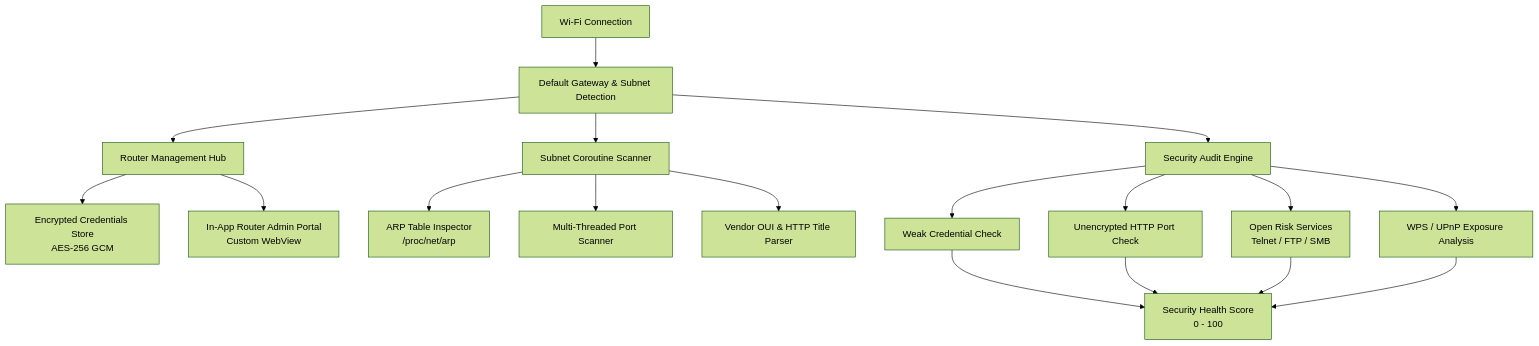
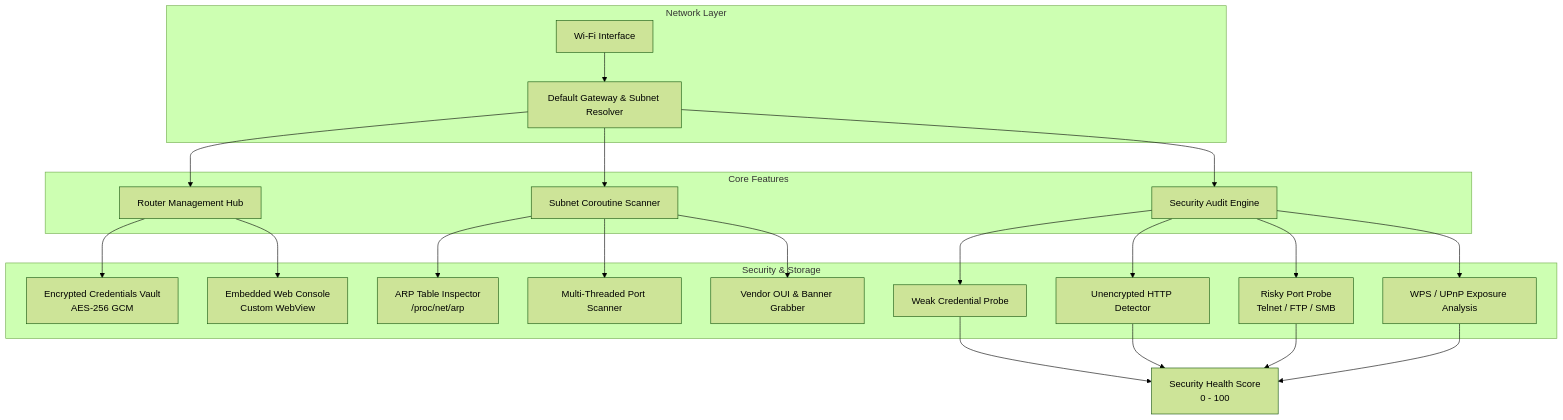
One commit to sakhanamit/RouterHubAndroid changed the diagram in README.md. Above: the diagram before and after it, drawn with Mermaid (forest theme). The commit also changed other lines of this file and 1 other file, not shown here.

Commit message:
Add modern GitHub Pages website (index.html) and upgrade README.md

````diff
--- a/README.md
+++ b/README.md
@@ -32,21 +33,28 @@
 ```mermaid
 flowchart TD
-    A[Wi-Fi Connection] --> B[Default Gateway & Subnet Detection]
-    B --> C1[Router Management Hub]
-    B --> C2[Subnet Coroutine Scanner]
-    B --> C3[Security Audit Engine]
+    subgraph Network Layer
+        A[Wi-Fi Interface] --> B[Default Gateway & Subnet Resolver]
+    end
 
-    C1 --> D1[Encrypted Credentials Store\nAES-256 GCM]
-    C1 --> D2[In-App Router Admin Portal\nCustom WebView]
+    subgraph Core Features
+        B --> C1[Router Management Hub]
+        B --> C2[Subnet Coroutine Scanner]
+        B --> C3[Security Audit Engine]
+    end
 
-    C2 --> E1[ARP Table Inspector\n/proc/net/arp]
-    C2 --> E2[Multi-Threaded Port Scanner]
-    C2 --> E3[Vendor OUI & HTTP Title Parser]
+    subgraph Security & Storage
+        C1 --> D1[Encrypted Credentials Vault\nAES-256 GCM]
+        C1 --> D2[Embedded Web Console\nCustom WebView]
 
-    C3 --> F1[Weak Credential Check]
-    C3 --> F2[Unencrypted HTTP Port Check]
-    C3 --> F3[Open Risk Services\nTelnet / FTP / SMB]
-    C3 --> F4[WPS / UPnP Exposure Analysis]
+        C2 --> E1[ARP Table Inspector\n/proc/net/arp]
+        C2 --> E2[Multi-Threaded Port Scanner]
+        C2 --> E3[Vendor OUI & Banner Grabber]
+
+        C3 --> F1[Weak Credential Probe]
+        C3 --> F2[Unencrypted HTTP Detector]
+        C3 --> F3[Risky Port Probe\nTelnet / FTP / SMB]
+        C3 --> F4[WPS / UPnP Exposure Analysis]
+    end
 
     F1 & F2 & F3 & F4 --> G[Security Health Score\n0 - 100]
 ```
````
